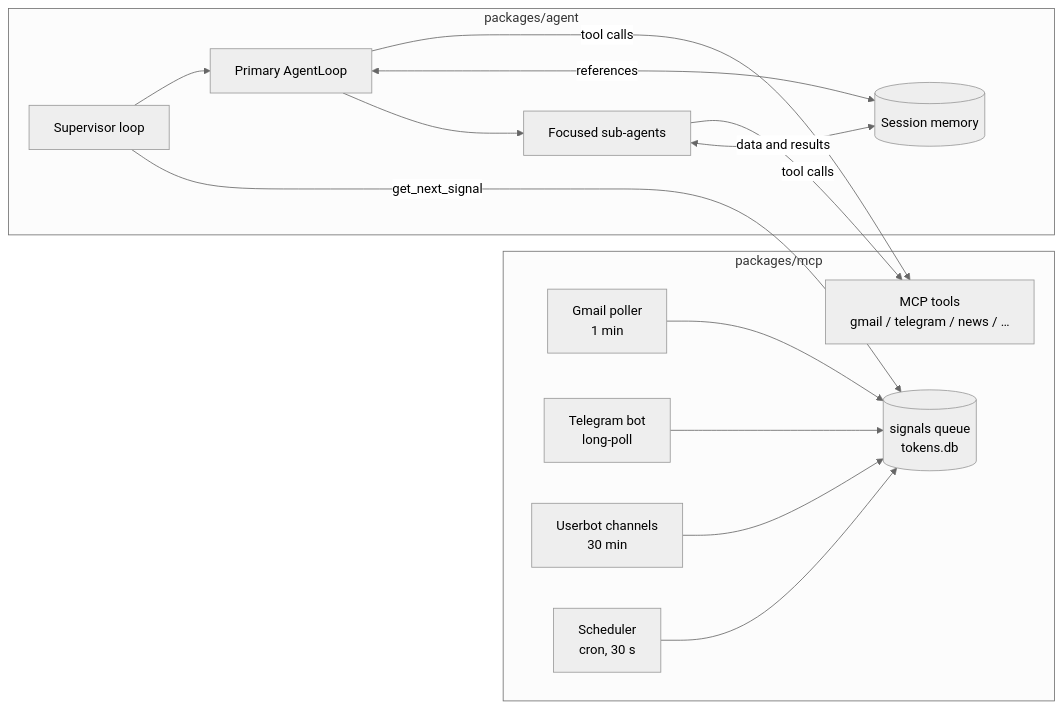
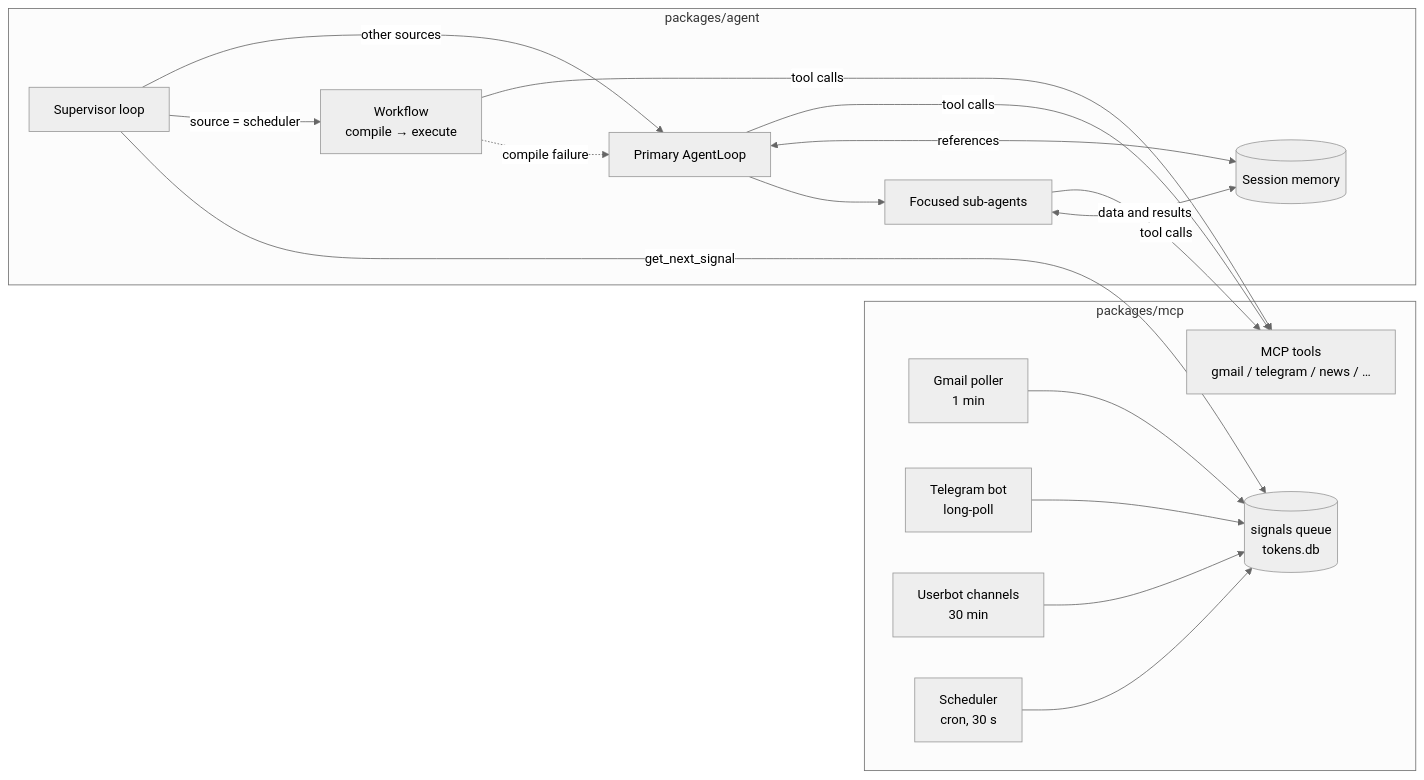
Before and after one commit to Ch4mpl00/ouro: the second of 2 diagrams in README.md, drawn with Mermaid (neutral theme). The commit also changed other lines of this file and 8 other files, not shown here.

First line of the commit message:
feat(supervisor): route scheduler through the workflow, preload Telegram history

````diff
--- a/README.md
+++ b/README.md
@@ -92,21 +103,24 @@
 ```mermaid
 flowchart LR
     subgraph mcp [packages/mcp]
         P1[Gmail poller<br/>1 min] --> Q
         P2[Telegram bot<br/>long-poll] --> Q
         P3[Userbot channels<br/>30 min] --> Q
         P4[Scheduler<br/>cron, 30 s] --> Q
         Q[(signals queue<br/>tokens.db)]
         T[MCP tools<br/>gmail / telegram / news / …]
     end
 
     subgraph agent [packages/agent]
         S[Supervisor loop] -->|get_next_signal| Q
-        S --> L[Primary AgentLoop]
+        S -->|source = scheduler| W[Workflow<br/>compile → execute]
+        S -->|other sources| L[Primary AgentLoop]
+        W -.->|compile failure| L
+        W -->|tool calls| T
         L --> C[Focused sub-agents]
         L <-->|references| M[(Session memory)]
         C <-->|data and results| M
         L -->|tool calls| T
         C -->|tool calls| T
     end
 ```
````
